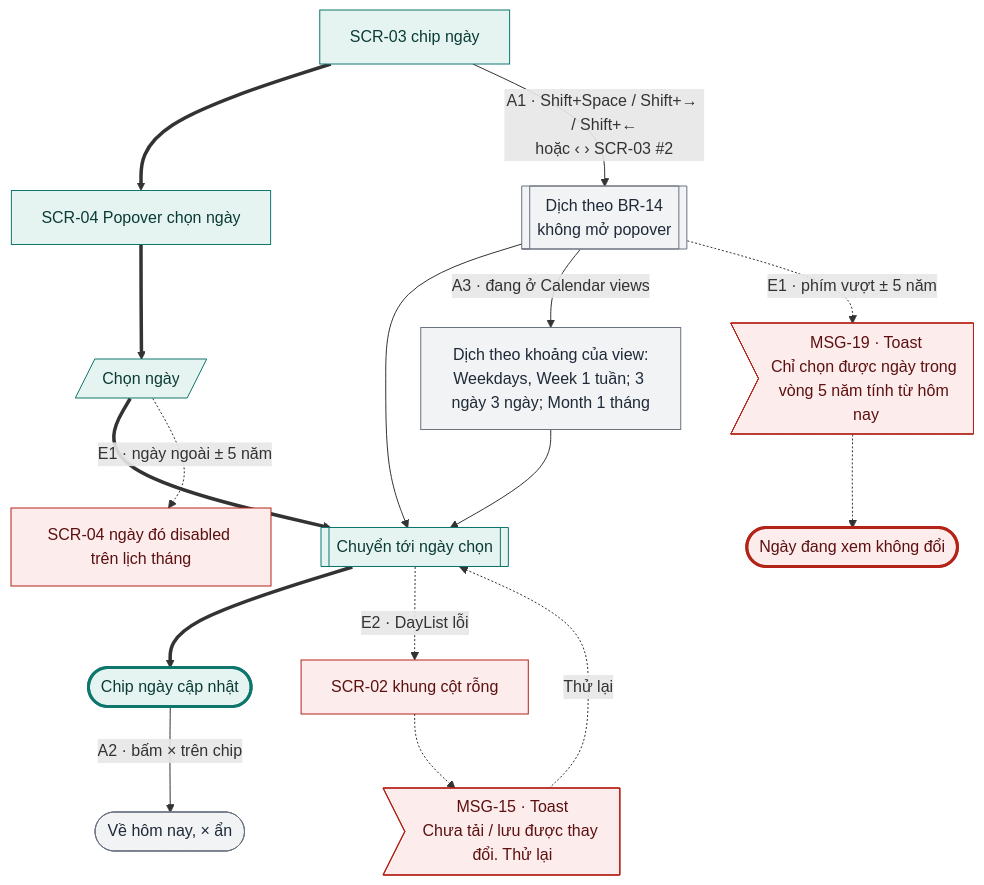
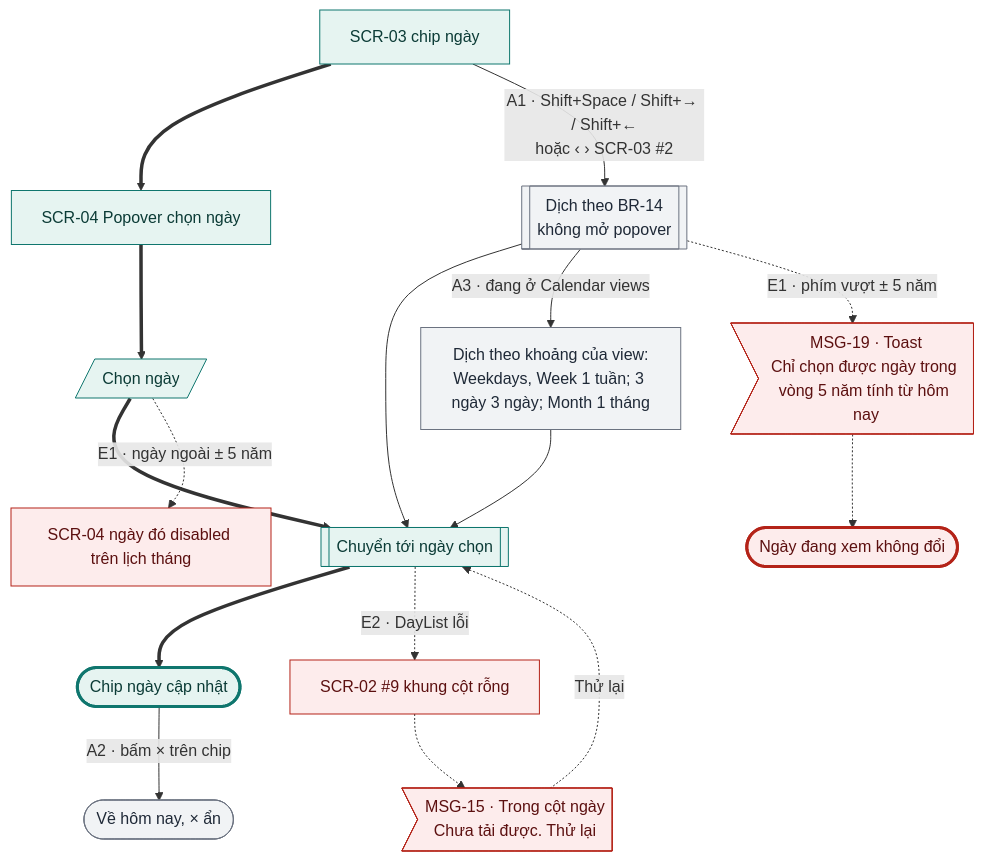
One commit to tannguyenho/personal-app changed the sixth of 20 diagrams in docs/design-brief/flow/g04-board-ngay.md. Above: the diagram before and after it, drawn with Mermaid. The commit also changed other lines of this file and 6 other files, not shown here.

First line of the commit message:
docs(G02, G04): áp quyết định PO 09/11 vào SRS, PRD, flow; IA trỏ mã mới

````diff
--- a/docs/design-brief/flow/g04-board-ngay.md
+++ b/docs/design-brief/flow/g04-board-ngay.md
@@ -234,37 +236,37 @@
 ```mermaid
 flowchart TD
   s0["SCR-03 chip ngày"]
   s1["SCR-04 Popover chọn ngày"]
   u2[/"Chọn ngày"/]
   p1[["Chuyển tới ngày chọn"]]
   ok(["Chip ngày cập nhật"])
   s0 ==> s1 ==> u2 ==> p1 ==> ok
 
   s0 -->|"A1 · Shift+Space / Shift+→ / Shift+←<br/>hoặc ‹ › SCR-03 #2"| a1[["Dịch theo BR-14<br/>không mở popover"]]
   a1 --> p1
   a1 -->|"A3 · đang ở Calendar views"| a3["Dịch theo khoảng của view:<br/>Weekdays, Week 1 tuần; 3 ngày 3 ngày; Month 1 tháng"]
   a3 --> p1
   ok -->|"A2 · bấm × trên chip"| a2(["Về hôm nay, × ẩn"])
 
   u2 -.->|"E1 · ngày ngoài ± 5 năm"| e1["SCR-04 ngày đó disabled trên lịch tháng"]
   a1 -.->|"E1 · phím vượt ± 5 năm"| e1m>"MSG-19 · Toast<br/>Chỉ chọn được ngày trong vòng 5 năm tính từ hôm nay"]
   e1m -.-> fail(["Ngày đang xem không đổi"])
-  p1 -.->|"E2 · DayList lỗi"| e2["SCR-02 khung cột rỗng"]
-  e2 -.-> e2m>"MSG-15 · Toast<br/>Chưa tải / lưu được thay đổi. Thử lại"]
+  p1 -.->|"E2 · DayList lỗi"| e2["SCR-02 #9 khung cột rỗng"]
+  e2 -.-> e2m>"MSG-15 · Trong cột ngày<br/>Chưa tải được. Thử lại"]
   e2m -.->|"Thử lại"| p1
 
   class s0,s1,u2,p1 happy
   class a1,a3,a2 alt
   class e1,e1m,e2,e2m err
   class ok done
   class fail fail
   classDef happy fill:#E6F4F1,stroke:#0F766E,color:#0B3B36
   classDef alt fill:#F1F3F5,stroke:#6B7280,color:#1F2937
   classDef err fill:#FDECEC,stroke:#B42318,color:#5C1010
   classDef warn fill:#FEF4E2,stroke:#B45309,color:#4A2604
   classDef ai fill:#F1ECFD,stroke:#6D28D9,color:#2E1065
   classDef sync fill:#FFFFFF,stroke:#6B7280,stroke-dasharray:4 3,color:#1F2937
   classDef link fill:#FFFFFF,stroke:#0F766E,stroke-dasharray:4 3,color:#0B3B36
   classDef done fill:#E6F4F1,stroke:#0F766E,stroke-width:3px,color:#0B3B36
   classDef fail fill:#FDECEC,stroke:#B42318,stroke-width:3px,color:#5C1010
 ```
````
